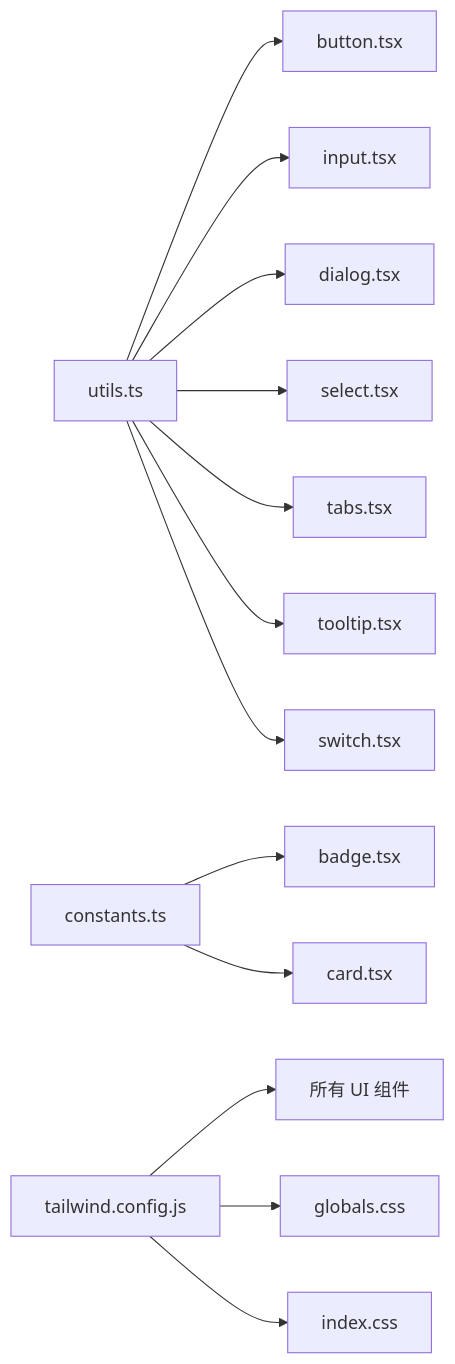
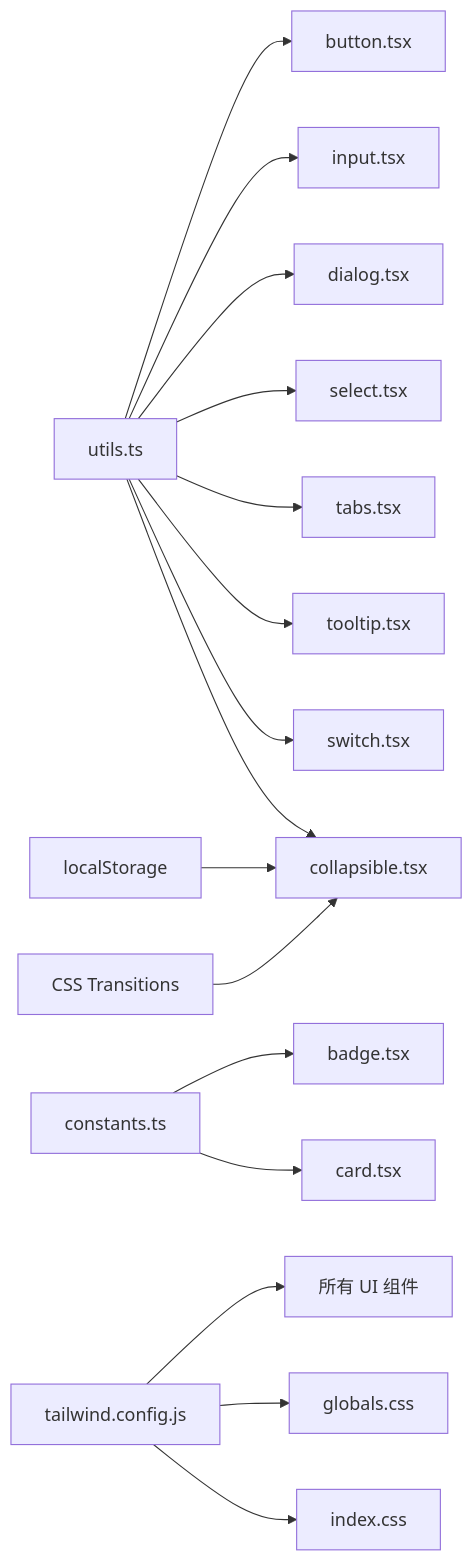
One commit to Damao997/newproject changed the tenth of 10 diagrams in .qoder/repowiki/zh/content/架构设计/组件架构/UI基础组件.md. Above: the diagram before and after it, drawn with Mermaid. The commit also changed other lines of this file and 118 other files, not shown here.

````diff
--- a/.qoder/repowiki/zh/content/架构设计/组件架构/UI基础组件.md
+++ b/.qoder/repowiki/zh/content/架构设计/组件架构/UI基础组件.md
@@ -580,15 +628,18 @@
 ```mermaid
 graph LR
 Utils["utils.ts"] --> CompA["button.tsx"]
 Utils --> CompB["input.tsx"]
 Utils --> CompC["dialog.tsx"]
 Utils --> CompD["select.tsx"]
 Utils --> CompE["tabs.tsx"]
 Utils --> CompF["tooltip.tsx"]
 Utils --> CompG["switch.tsx"]
+Utils --> CompH["collapsible.tsx"]
 Const["constants.ts"] --> Badge["badge.tsx"]
 Const --> Card["card.tsx"]
 TW["tailwind.config.js"] --> All["所有 UI 组件"]
 TW --> G["globals.css"]
 TW --> IC["index.css"]
+LS["localStorage"] --> CompH
+CSS["CSS Transitions"] --> CompH
 ```
````
